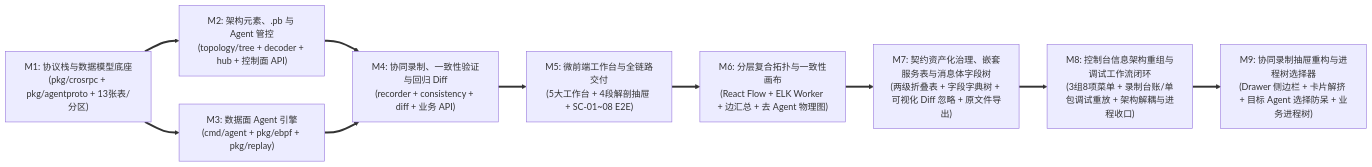
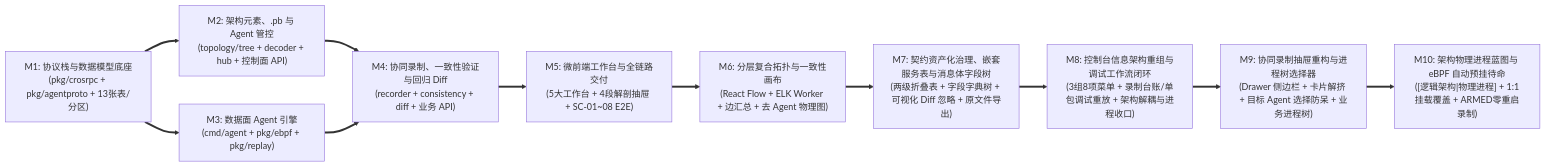
Before and after one commit to fugui/code-traefik: the diagram in docs/04-tasks/01-roadmap.md, drawn with Mermaid. The commit also changed other lines of this file and 11 other files, not shown here.

Commit message:
docs: 定稿架构物理进程蓝图解耦与eBPF默认自动预挂待命规范并拆解M10作战卡

````diff
--- a/docs/04-tasks/01-roadmap.md
+++ b/docs/04-tasks/01-roadmap.md
@@ -26,22 +26,24 @@
 ```mermaid
 flowchart LR
     M1["M1: 协议栈与数据模型底座<br/>(pkg/crosrpc + pkg/agentproto + 13张表/分区)"]
     M2["M2: 架构元素、.pb 与 Agent 管控<br/>(topology/tree + decoder + hub + 控制面 API)"]
     M3["M3: 数据面 Agent 引擎<br/>(cmd/agent + pkg/ebpf + pkg/replay)"]
     M4["M4: 协同录制、一致性验证与回归 Diff<br/>(recorder + consistency + diff + 业务 API)"]
     M5["M5: 微前端工作台与全链路交付<br/>(5大工作台 + 4段解剖抽屉 + SC-01~08 E2E)"]
 
     M1 ==> M2
     M1 ==> M3
     M2 ==> M4
     M3 ==> M4
     M4 ==> M5
     M5 ==> M6
     M6 ==> M7
     M7 ==> M8
     M8 ==> M9
+    M9 ==> M10
     M6["M6: 分层复合拓扑与一致性画布<br/>(React Flow + ELK Worker + 边汇总 + 去 Agent 物理图)"]
     M7["M7: 契约资产化治理、嵌套服务表与消息体字段树<br/>(两级折叠表 + 字段字典树 + 可视化 Diff 忽略 + 原文件导出)"]
     M8["M8: 控制台信息架构重组与调试工作流闭环<br/>(3组8项菜单 + 录制台账/单包调试重放 + 架构解耦与进程收口)"]
     M9["M9: 协同录制抽屉重构与进程树选择器<br/>(Drawer 侧边栏 + 卡片解挤 + 目标 Agent 选择防呆 + 业务进程树)"]
+    M10["M10: 架构物理进程蓝图与 eBPF 自动预挂待命<br/>([逻辑架构|物理进程] + 1:1挂载覆盖 + ARMED零重启录制)"]
 ```
````
